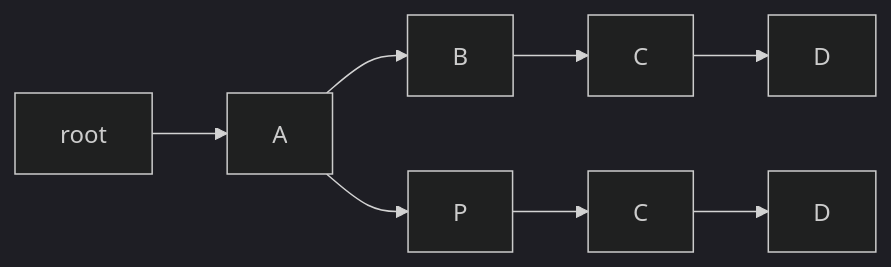
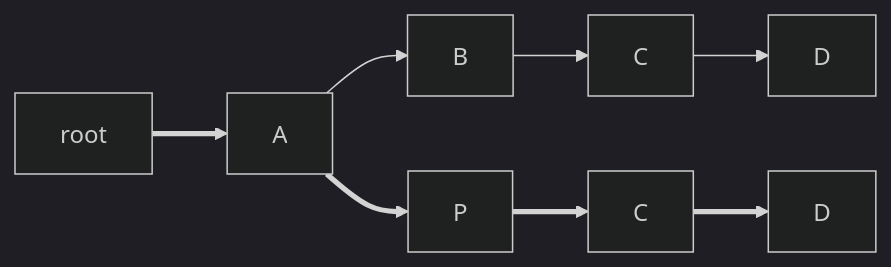
One commit to vedph/gve-doc changed the third of 16 diagrams in model/export-tree.md. Above: the diagram before and after it, drawn with Mermaid (dark theme). The commit also changed other lines of this file, not shown here.

````diff
--- a/model/export-tree.md
+++ b/model/export-tree.md
@@ -61,11 +61,11 @@
 ```mermaid
 graph LR;
 
-root --> A
+root ==> A
 A --> B
 B --> C
 C --> D
-A --> P
-P --> C5
-C5[C] --> D5[D]
+A ==> P
+P ==> C5
+C5[C] ==> D5[D]
 ```
````
